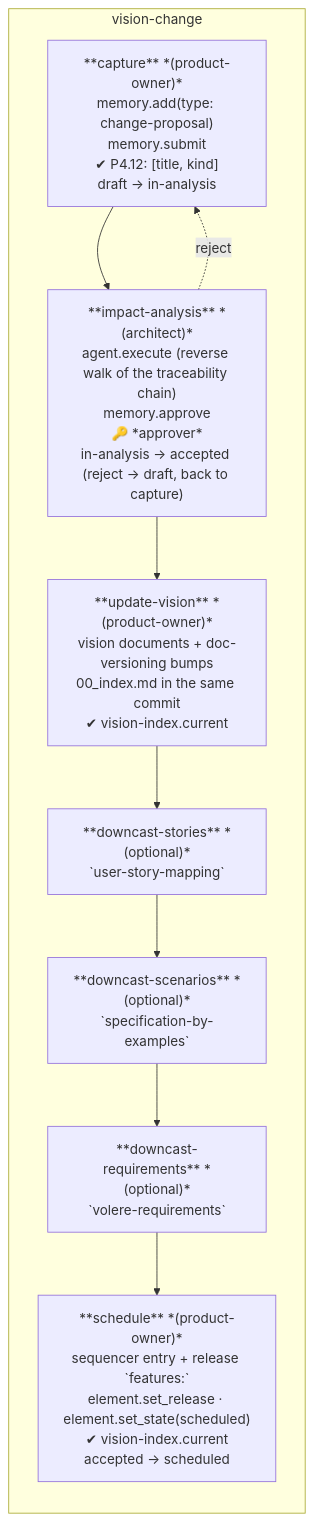
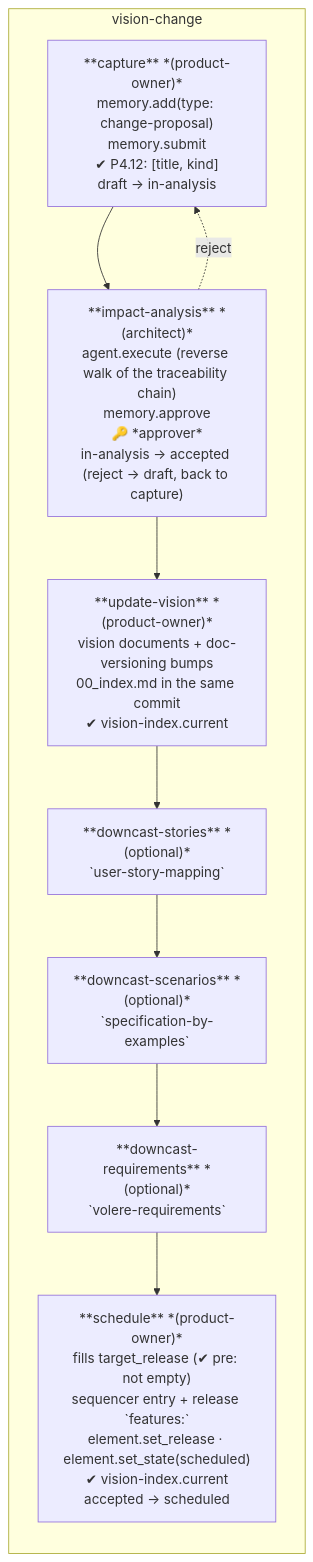
Before and after one commit to wingfoil/wingfoil: diagram 16 of 26 in .wingfoil/WORKFLOW.md, drawn with Mermaid. The commit also changed 6 other files, not shown here.

First line of the commit message:
fix(docs): task-212 — review: the vision index check covers rows, blocks, anchors, Quick lookup, hyphen ranges; cp ids resolve; notes corrected

````diff
--- a/.wingfoil/WORKFLOW.md
+++ b/.wingfoil/WORKFLOW.md
@@ -397,15 +397,15 @@
 ```mermaid
 flowchart TD
     subgraph VC["vision-change"]
         direction TB
         V1["**capture** *(product-owner)*\nmemory.add(type: change-proposal)\nmemory.submit\n✔ P4.12: [title, kind]\ndraft → in-analysis"]
         V2["**impact-analysis** *(architect)*\nagent.execute (reverse walk of the traceability chain)\nmemory.approve\n🔑 *approver*\nin-analysis → accepted (reject → draft, back to capture)"]
         V3["**update-vision** *(product-owner)*\nvision documents + doc-versioning bumps\n00_index.md in the same commit\n✔ vision-index.current"]
         V4["**downcast-stories** *(optional)*\n`user-story-mapping`"]
         V5["**downcast-scenarios** *(optional)*\n`specification-by-examples`"]
         V6["**downcast-requirements** *(optional)*\n`volere-requirements`"]
-        V7["**schedule** *(product-owner)*\nsequencer entry + release `features:`\nelement.set_release · element.set_state(scheduled)\n✔ vision-index.current\naccepted → scheduled"]
+        V7["**schedule** *(product-owner)*\nfills target_release (✔ pre: not empty)\nsequencer entry + release `features:`\nelement.set_release · element.set_state(scheduled)\n✔ vision-index.current\naccepted → scheduled"]
         V1 --> V2 --> V3 --> V4 --> V5 --> V6 --> V7
         V2 -. reject .-> V1
     end
 ```
````
